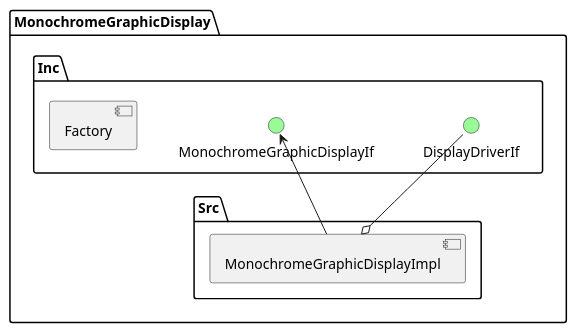
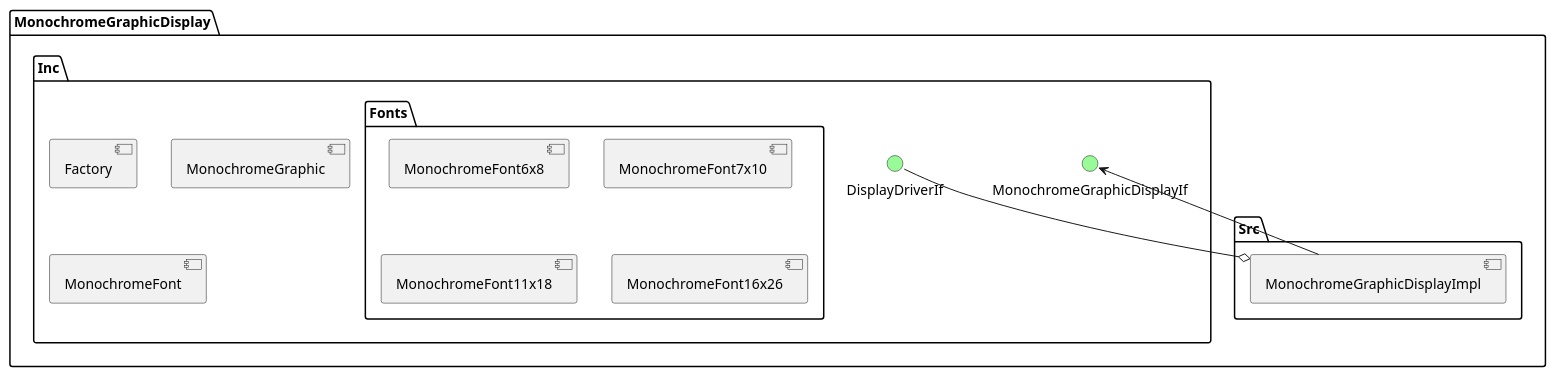
Before and after one commit to domikal792/c_cpp_arm: the diagram in Cpp_Arm_2021_Kala_Jaraczewski/DisplayApp/App/MonochromeGraphicDisplay/README.md, drawn with PlantUML. The commit also changed 18 other files, not shown here.

Commit message:
feat: monochrome graphic display component framework

````diff
--- a/Cpp_Arm_2021_Kala_Jaraczewski/DisplayApp/App/MonochromeGraphicDisplay/README.md
+++ b/Cpp_Arm_2021_Kala_Jaraczewski/DisplayApp/App/MonochromeGraphicDisplay/README.md
@@ -3,23 +3,32 @@
 ```plantuml
 
 @startuml
 
 package "MonochromeGraphicDisplay" {
     package "Inc" {
         () DisplayDriverIf #palegreen
         () MonochromeGraphicDisplayIf #palegreen
 
         [Factory]
+        [MonochromeGraphic]
+        [MonochromeFont]
+
+        package "Fonts" {
+            [MonochromeFont6x8]
+            [MonochromeFont7x10]
+            [MonochromeFont11x18]
+            [MonochromeFont16x26]
+        }
     }
 
     package "Src" {
         [MonochromeGraphicDisplayImpl]
 
-        MonochromeGraphicDisplayImpl --> MonochromeGraphicDisplayIf
+        MonochromeGraphicDisplayImpl -u-> MonochromeGraphicDisplayIf
         MonochromeGraphicDisplayImpl o-u- DisplayDriverIf
     }
 }
 
 @enduml
 
 ```
````
